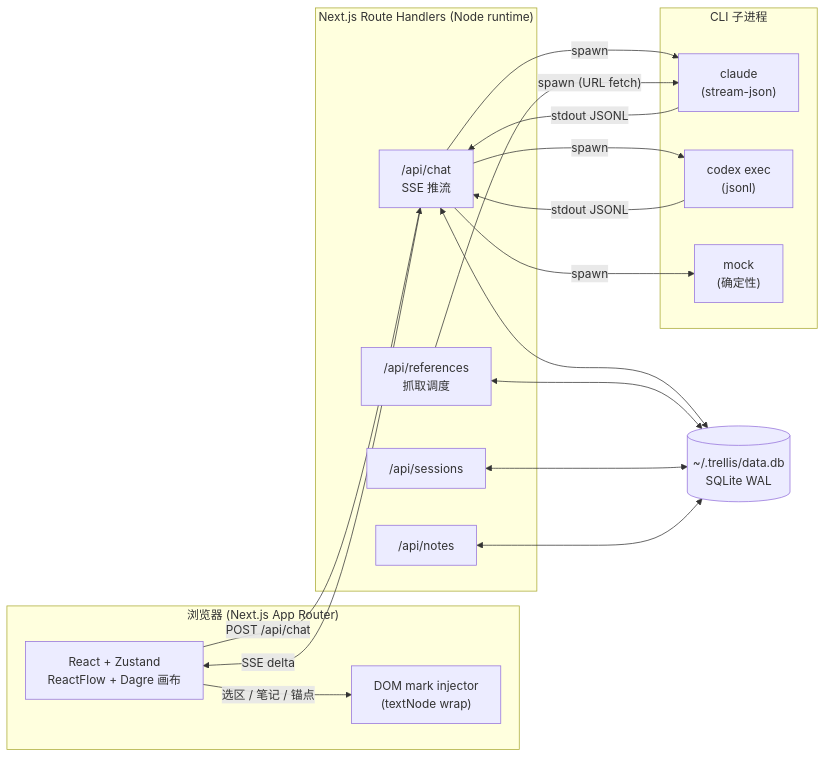
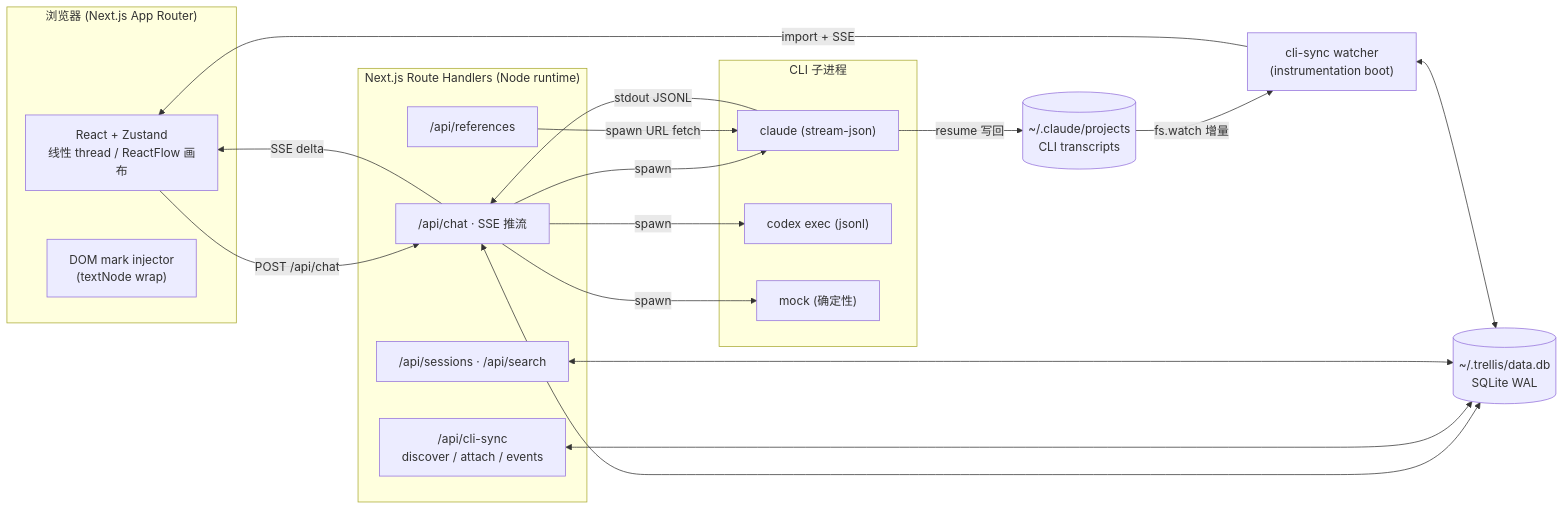
The diagram in README.md (SmokingMouse/trellis), drawn with Mermaid before and after one commit. The commit also changed other lines of this file, not shown here.

First line of the commit message:
docs(readme): 重写 README，补齐 CLI 双向打通 / 线性视图 / 搜索等

````diff
--- a/README.md
+++ b/README.md
@@ -242,39 +286,41 @@
 ```mermaid
 flowchart LR
     subgraph 浏览器["浏览器 (Next.js App Router)"]
-        UI["React + Zustand<br/>ReactFlow + Dagre 画布"]
+        UI["React + Zustand<br/>线性 thread / ReactFlow 画布"]
         DOM["DOM mark injector<br/>(textNode wrap)"]
     end
 
     subgraph 服务端["Next.js Route Handlers (Node runtime)"]
-        Chat["/api/chat<br/>SSE 推流"]
-        Refs["/api/references<br/>抓取调度"]
-        Sess["/api/sessions"]
-        Notes["/api/notes"]
+        Chat["/api/chat · SSE 推流"]
+        Refs["/api/references"]
+        Sync["/api/cli-sync<br/>discover / attach / events"]
+        Sess["/api/sessions · /api/search"]
     end
 
     subgraph CLI["CLI 子进程"]
-        Claude["claude<br/>(stream-json)"]
-        Codex["codex exec<br/>(jsonl)"]
-        Mock["mock<br/>(确定性)"]
+        Claude["claude (stream-json)"]
+        Codex["codex exec (jsonl)"]
+        Mock["mock (确定性)"]
     end
 
     DB[("~/.trellis/data.db<br/>SQLite WAL")]
+    JSONL[("~/.claude/projects<br/>CLI transcripts")]
 
     UI -- "POST /api/chat" --> Chat
     Chat -- "SSE delta" --> UI
-    UI -- "选区 / 笔记 / 锚点" --> DOM
-
     Chat -- "spawn" --> Claude
     Chat -- "spawn" --> Codex
     Chat -- "spawn" --> Mock
     Claude -- "stdout JSONL" --> Chat
-    Codex -- "stdout JSONL" --> Chat
+    Refs -- "spawn URL fetch" --> Claude
 
-    Refs -- "spawn (URL fetch)" --> Claude
+    Watcher["cli-sync watcher<br/>(instrumentation boot)"]
+    JSONL -- "fs.watch 增量" --> Watcher
+    Watcher -- "import + SSE" --> UI
+    Claude -- "resume 写回" --> JSONL
 
     Chat <--> DB
-    Refs <--> DB
+    Sync <--> DB
     Sess <--> DB
-    Notes <--> DB
+    Watcher <--> DB
 ```
````
